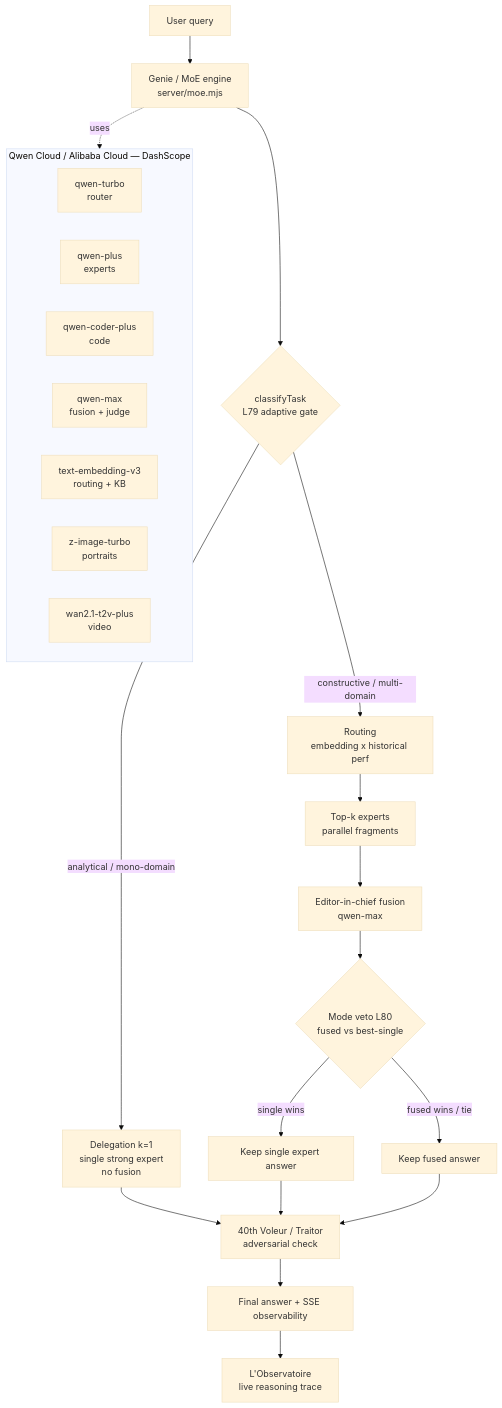
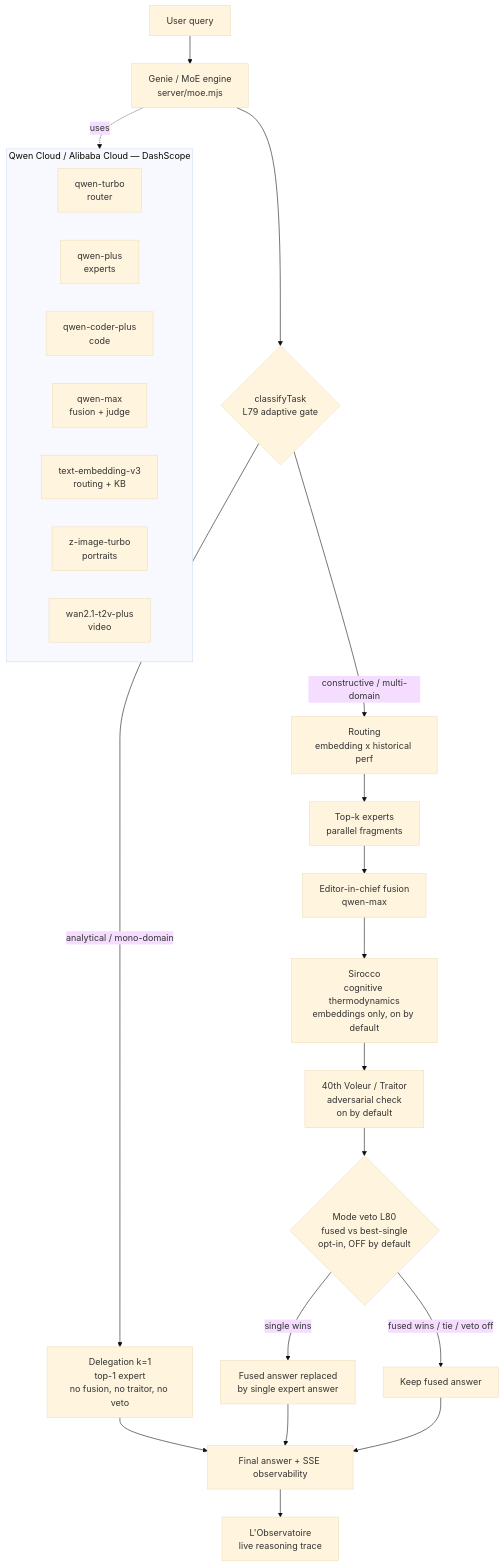
Before and after one commit to mosaic2025/la-caverne-aux-40-voleurs: the diagram in docs/en/ARCHITECTURE.md, drawn with Mermaid (base theme). The commit also changed other lines of this file and 1 other file, not shown here.

Commit message:
fix(docs+security): correct pipeline order in ARCHITECTURE.md, untrack runtime store
ARCHITECTURE.md documented the post-fusion pipeline as veto -> traitor, and
drew a `DEL --> TR` edge implying every path gets an adversarial check.
Neither matches server/moe.mjs, which runs Sirocco (L541) -> Traitor (L550)
-> Mode veto (L565), and early-returns on the delegation branch (~L338) with
`traitor: { severity: "none" }`. Diagram and lifecycle now match the code,
and the veto is labelled opt-in/off-by-default/unbenchmarked.

server/data.json is a runtime store (93 run records, generated-media jobs,
avatars, ledger) that was tracked by mistake. It has no place in a public
repository. Untracked here and added to .gitignore; server/store.mjs:33-36
writes DEFAULT_STORE when the file is absent, so a fresh clone still runs.

````diff
--- a/docs/en/ARCHITECTURE.md
+++ b/docs/en/ARCHITECTURE.md
@@ -7,28 +7,29 @@
 ```mermaid
 flowchart TD
     U[User query] --> G[Genie / MoE engine<br/>server/moe.mjs]
     G --> CL{classifyTask<br/>L79 adaptive gate}
-    CL -- "analytical / mono-domain" --> DEL[Delegation k=1<br/>single strong expert<br/>no fusion]
+    CL -- "analytical / mono-domain" --> DEL[Delegation k=1<br/>top-1 expert<br/>no fusion, no traitor, no veto]
     CL -- "constructive / multi-domain" --> RT[Routing<br/>embedding x historical perf]
     RT --> TOP[Top-k experts<br/>parallel fragments]
     TOP --> FUS[Editor-in-chief fusion<br/>qwen-max]
-    FUS --> VTO{Mode veto L80<br/>fused vs best-single}
-    VTO -- "single wins" --> SIN[Keep single expert answer]
-    VTO -- "fused wins / tie" --> FUSED[Keep fused answer]
-    DEL --> TR
-    SIN --> TR
-    FUSED --> TR
-    TR[40th Voleur / Traitor<br/>adversarial check] --> OUT[Final answer + SSE observability]
-    OUT --> OBS[L'Observatoire<br/>live reasoning trace]
+    FUS --> SIR[Sirocco<br/>cognitive thermodynamics<br/>embeddings only, on by default]
+    SIR --> TR[40th Voleur / Traitor<br/>adversarial check<br/>on by default]
+    TR --> VTO{Mode veto L80<br/>fused vs best-single<br/>opt-in, OFF by default}
+    VTO -- "single wins" --> SIN[Fused answer replaced<br/>by single expert answer]
+    VTO -- "fused wins / tie / veto off" --> FUSED[Keep fused answer]
+    DEL --> OUT
+    SIN --> OUT
+    FUSED --> OUT
+    OUT[Final answer + SSE observability] --> OBS[L'Observatoire<br/>live reasoning trace]
 
     subgraph Qwen[Qwen Cloud / Alibaba Cloud — DashScope]
         TUR[qwen-turbo<br/>router]
         PLUS[qwen-plus<br/>experts]
         COD[qwen-coder-plus<br/>code]
         MAX[qwen-max<br/>fusion + judge]
         EMB[text-embedding-v3<br/>routing + KB]
         IMG[z-image-turbo<br/>portraits]
         VID[wan2.1-t2v-plus<br/>video]
     end
     G -. uses .-> Qwen
 ```
````
